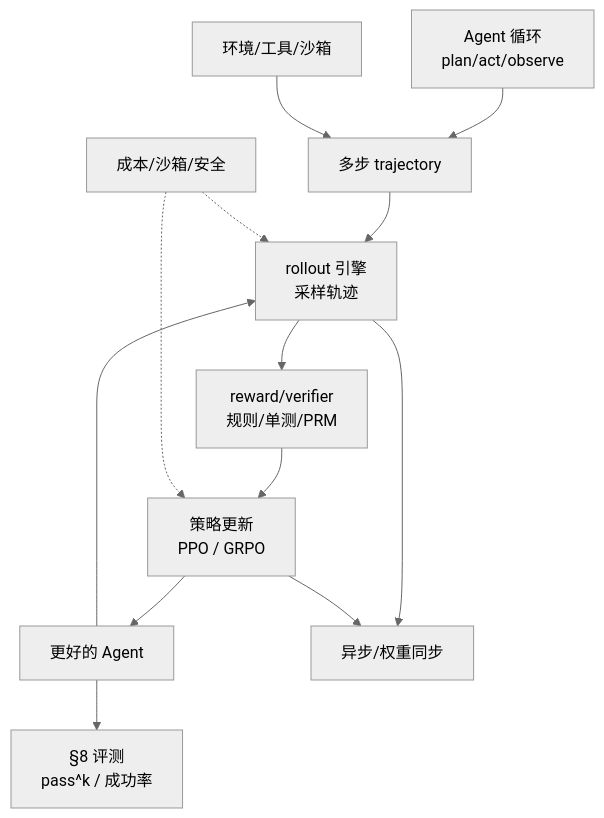
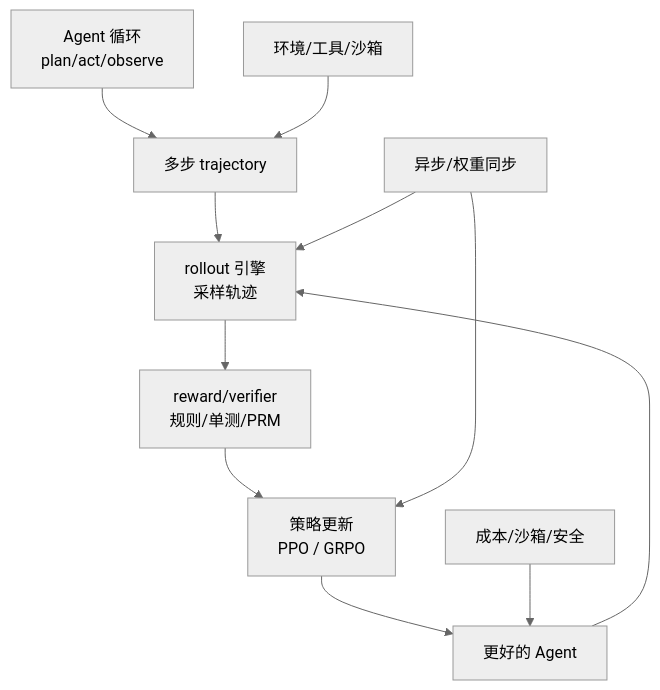
Before and after one commit to Xingkai98/ai-infra-notes-site: the diagram in docs/notes/16_agent_rl.md, drawn with Mermaid (neutral theme). The commit also changed other lines of this file and 5 other files, not shown here.

````diff
--- a/docs/notes/16_agent_rl.md
+++ b/docs/notes/16_agent_rl.md
@@ -35,15 +31,13 @@
 ```mermaid
 graph TD
   A["Agent 循环<br/>plan/act/observe"] --> B["多步 trajectory"]
   C["环境/工具/沙箱"] --> B
   B --> D["rollout 引擎<br/>采样轨迹"]
   D --> E["reward/verifier<br/>规则/单测/PRM"]
   E --> F["策略更新<br/>PPO / GRPO"]
   F --> G["更好的 Agent"]
   G --> D
-  D --> H["异步/权重同步"]
-  F --> H
-  I["成本/沙箱/安全"] -.-> D
-  I -.-> F
-  G --> J["§8 评测<br/>pass^k / 成功率"]
+  H["异步/权重同步"] --> D
+  H --> F
+  I["成本/沙箱/安全"] --> G
 ```
````
